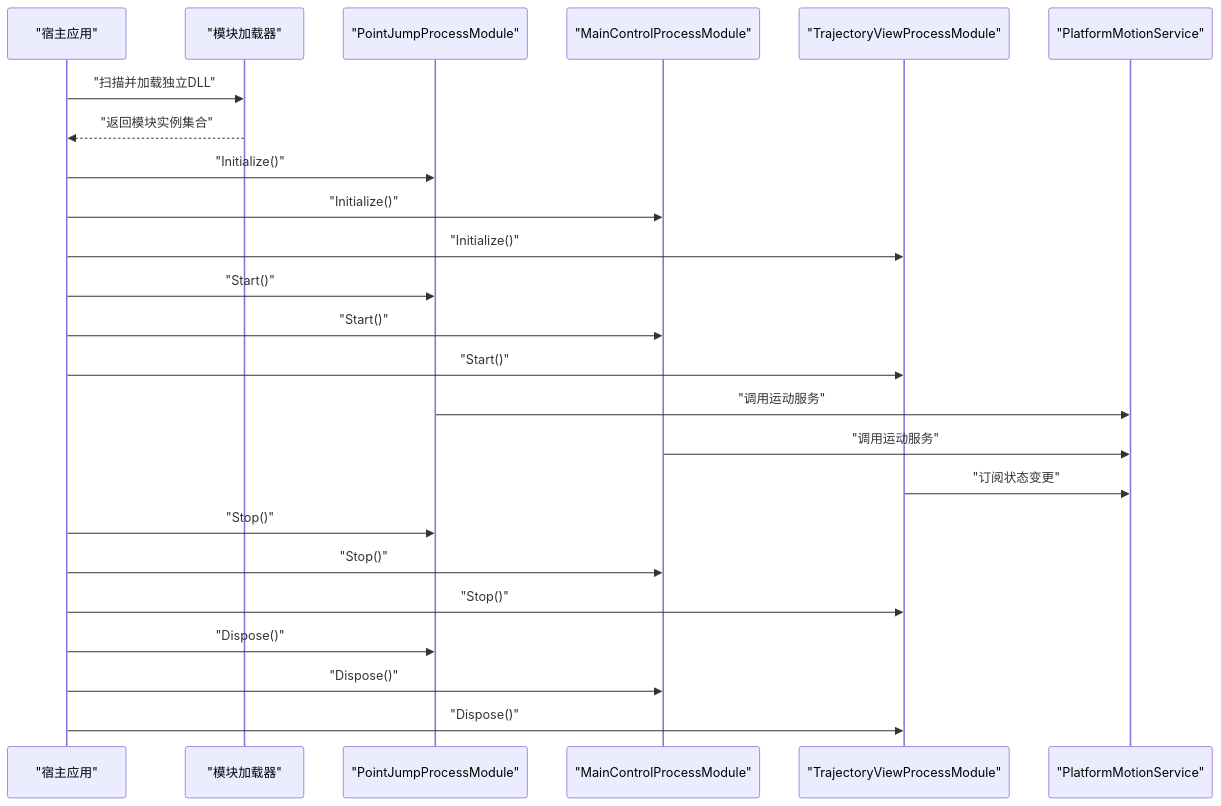
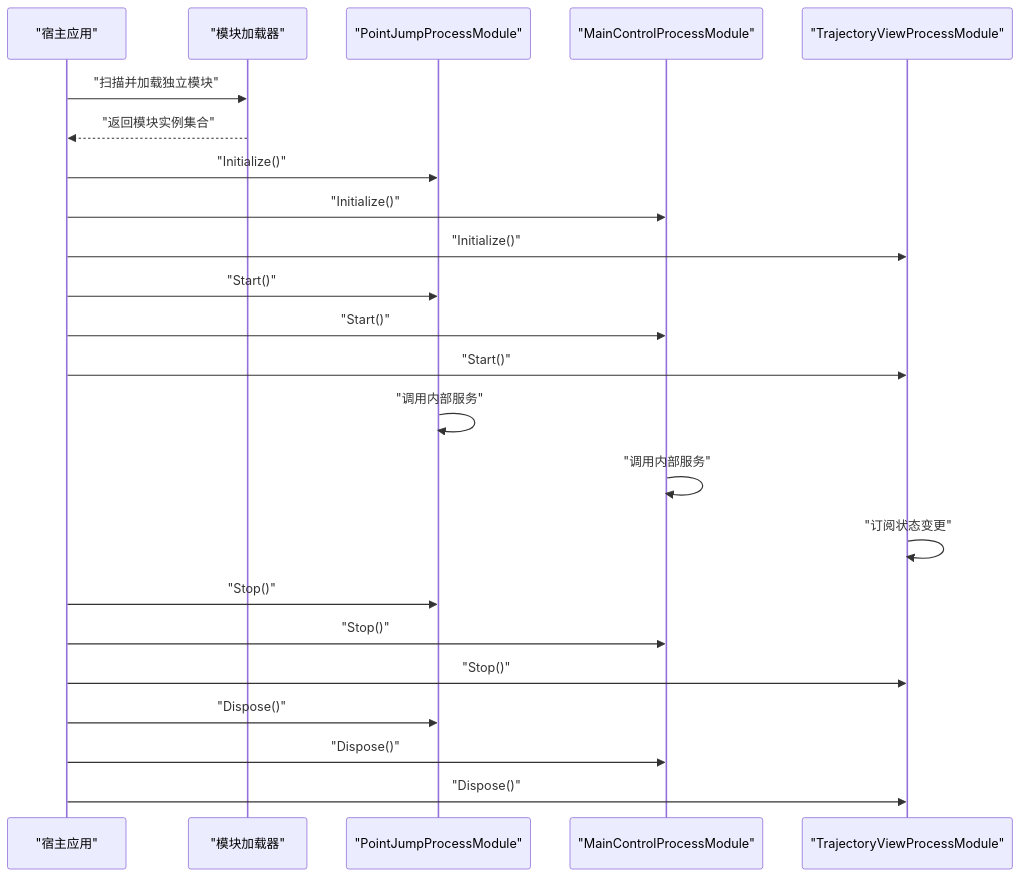
Before and after one commit to fuweiq94-cloud/339918076: the second of 8 diagrams in .qoder/repowiki/zh/content/架构设计/模块化架构设计.md, drawn with Mermaid. The commit also changed other lines of this file and 84 other files, not shown here.

````diff
--- a/.qoder/repowiki/zh/content/架构设计/模块化架构设计.md
+++ b/.qoder/repowiki/zh/content/架构设计/模块化架构设计.md
@@ -132,26 +109,25 @@
 ```mermaid
 sequenceDiagram
 participant Host as "宿主应用"
 participant Loader as "模块加载器"
 participant PJMod as "PointJumpProcessModule"
 participant MCMod as "MainControlProcessModule"
 participant TRMod as "TrajectoryViewProcessModule"
-participant Svc as "PlatformMotionService"
-Host->>Loader : "扫描并加载独立DLL"
+Host->>Loader : "扫描并加载独立模块"
 Loader-->>Host : "返回模块实例集合"
 Host->>PJMod : "Initialize()"
 Host->>MCMod : "Initialize()"
 Host->>TRMod : "Initialize()"
 Host->>PJMod : "Start()"
 Host->>MCMod : "Start()"
 Host->>TRMod : "Start()"
-PJMod->>Svc : "调用运动服务"
-MCMod->>Svc : "调用运动服务"
-TRMod->>Svc : "订阅状态变更"
+PJMod->>PJMod : "调用内部服务"
+MCMod->>MCMod : "调用内部服务"
+TRMod->>TRMod : "订阅状态变更"
 Host->>PJMod : "Stop()"
 Host->>MCMod : "Stop()"
 Host->>TRMod : "Stop()"
 Host->>PJMod : "Dispose()"
 Host->>MCMod : "Dispose()"
 Host->>TRMod : "Dispose()"
 ```
````
